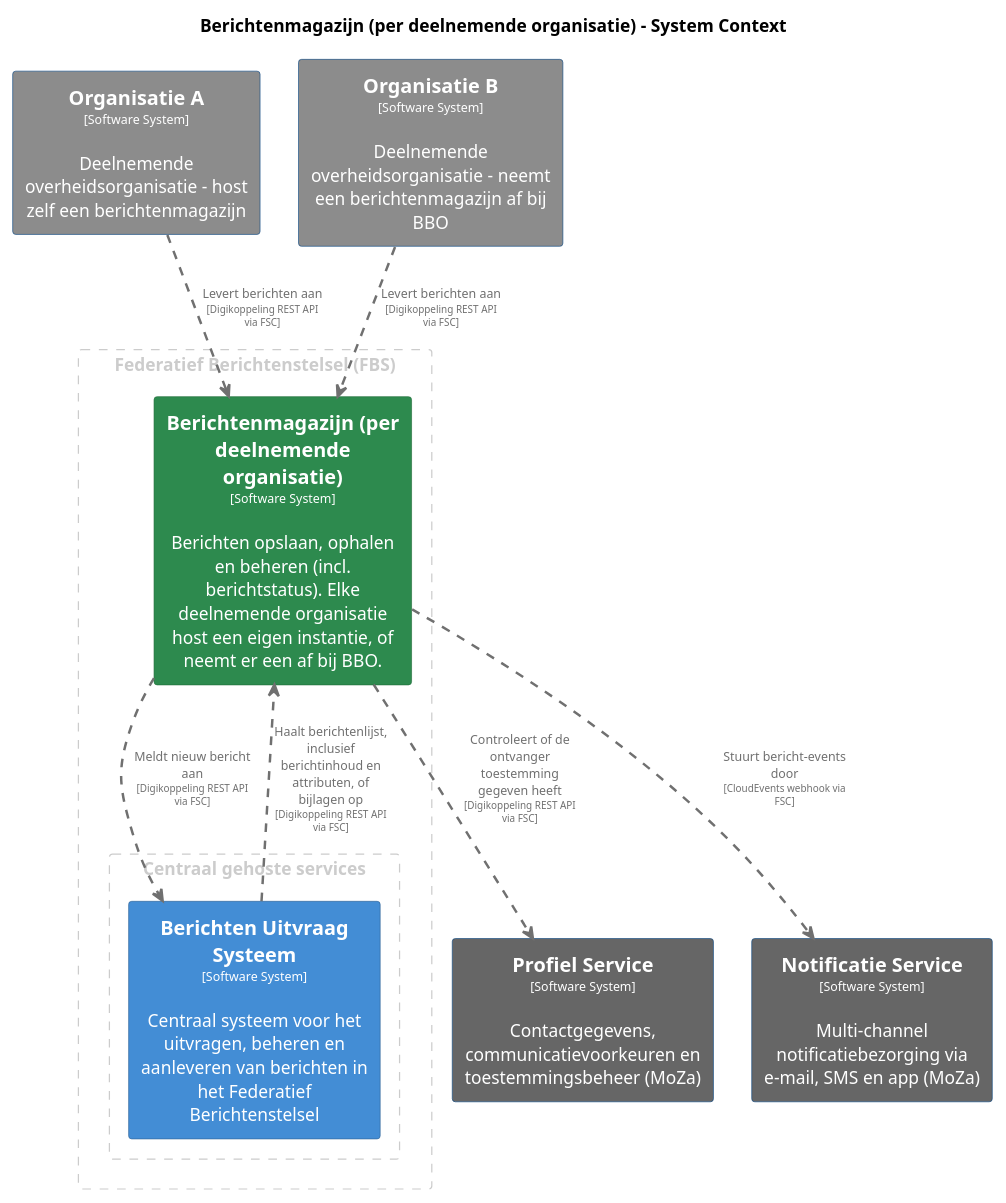
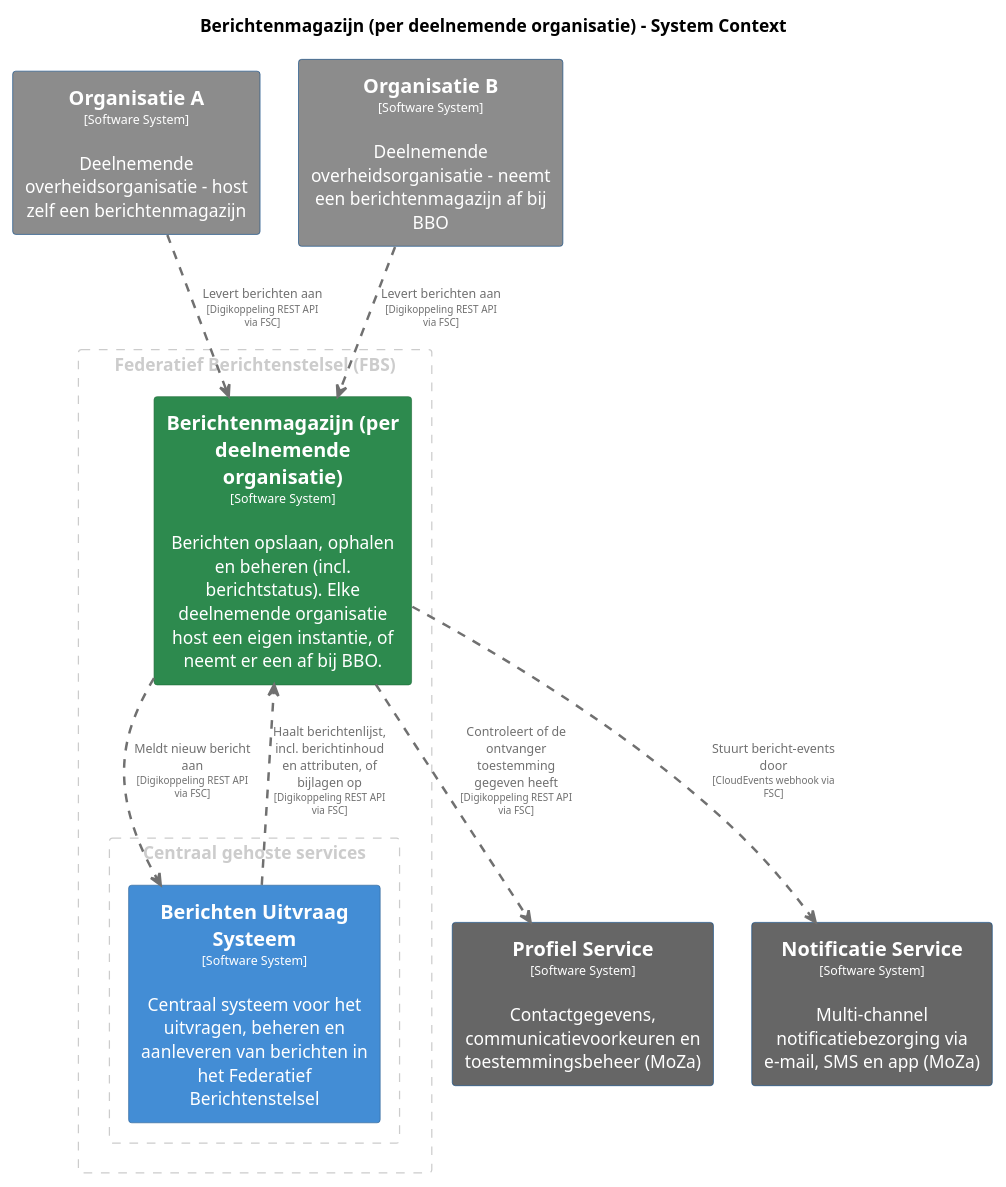
One commit to MinBZK/moza-poc-fbs-berichtenbox changed the diagram in pr-preview/pr-29/master/puml/Berichtenmagazijn.puml. Above: the diagram before and after it, drawn with PlantUML. The commit also changed 36 other files, not shown here.

```diff
--- a/pr-preview/pr-29/master/puml/Berichtenmagazijn.puml
+++ b/pr-preview/pr-29/master/puml/Berichtenmagazijn.puml
@@ -1,82 +1,82 @@
 @startuml
 set separator none
 title Berichtenmagazijn (per deelnemende organisatie) - System Context
 
 top to bottom direction
 skinparam ranksep 60
 skinparam nodesep 30
 
 skinparam {
   arrowFontSize 10
   defaultTextAlignment center
   wrapWidth 200
   maxMessageSize 100
 }
 
 hide stereotype
 
 skinparam rectangle<<BerichtenUitvraagSysteem>> {
   BackgroundColor #438dd5
   FontColor #ffffff
   BorderColor #2e6295
   shadowing false
 }
 skinparam rectangle<<Berichtenmagazijnperdeelnemendeorganisatie>> {
   BackgroundColor #2d8a4e
   FontColor #ffffff
   BorderColor #1e6b38
   shadowing false
 }
 skinparam rectangle<<NotificatieService>> {
   BackgroundColor #666666
   FontColor #ffffff
   BorderColor #0b4884
   shadowing false
 }
 skinparam rectangle<<OrganisatieA>> {
   BackgroundColor #8c8c8c
   FontColor #ffffff
   BorderColor #0b4884
   shadowing false
 }
 skinparam rectangle<<OrganisatieB>> {
   BackgroundColor #8c8c8c
   FontColor #ffffff
   BorderColor #0b4884
   shadowing false
 }
 skinparam rectangle<<ProfielService>> {
   BackgroundColor #666666
   FontColor #ffffff
   BorderColor #0b4884
   shadowing false
 }
 
 rectangle "Federatief Berichtenstelsel (FBS)" <<group1>> as group1 {
   skinparam RectangleBorderColor<<group1>> #cccccc
   skinparam RectangleFontColor<<group1>> #cccccc
   skinparam RectangleBorderStyle<<group1>> dashed
 
   rectangle "==Berichtenmagazijn (per deelnemende organisatie)\n<size:10>[Software System]</size>\n\nBerichten opslaan, ophalen en beheren (incl. berichtstatus). Elke deelnemende organisatie host een eigen instantie, of neemt er een af bij BBO." <<Berichtenmagazijnperdeelnemendeorganisatie>> as Berichtenmagazijnperdeelnemendeorganisatie
     rectangle "Centraal gehoste services" <<group2>> as group2 {
       skinparam RectangleBorderColor<<group2>> #cccccc
       skinparam RectangleFontColor<<group2>> #cccccc
       skinparam RectangleBorderStyle<<group2>> dashed
 
       rectangle "==Berichten Uitvraag Systeem\n<size:10>[Software System]</size>\n\nCentraal systeem voor het uitvragen, beheren en aanleveren van berichten in het Federatief Berichtenstelsel" <<BerichtenUitvraagSysteem>> as BerichtenUitvraagSysteem
     }
 
 }
 
 rectangle "==Organisatie A\n<size:10>[Software System]</size>\n\nDeelnemende overheidsorganisatie - host zelf een berichtenmagazijn" <<OrganisatieA>> as OrganisatieA
 rectangle "==Organisatie B\n<size:10>[Software System]</size>\n\nDeelnemende overheidsorganisatie - neemt een berichtenmagazijn af bij BBO" <<OrganisatieB>> as OrganisatieB
 rectangle "==Profiel Service\n<size:10>[Software System]</size>\n\nContactgegevens, communicatievoorkeuren en toestemmingsbeheer (MoZa)" <<ProfielService>> as ProfielService
 rectangle "==Notificatie Service\n<size:10>[Software System]</size>\n\nMulti-channel notificatiebezorging via e-mail, SMS en app (MoZa)" <<NotificatieService>> as NotificatieService
 
 Berichtenmagazijnperdeelnemendeorganisatie .[#707070,thickness=2].> BerichtenUitvraagSysteem : "<color:#707070>Meldt nieuw bericht aan\n<color:#707070><size:8>[Digikoppeling REST API via FSC]</size>"
 Berichtenmagazijnperdeelnemendeorganisatie .[#707070,thickness=2].> NotificatieService : "<color:#707070>Stuurt bericht-events door\n<color:#707070><size:8>[CloudEvents webhook via FSC]</size>"
 OrganisatieA .[#707070,thickness=2].> Berichtenmagazijnperdeelnemendeorganisatie : "<color:#707070>Levert berichten aan\n<color:#707070><size:8>[Digikoppeling REST API via FSC]</size>"
 OrganisatieB .[#707070,thickness=2].> Berichtenmagazijnperdeelnemendeorganisatie : "<color:#707070>Levert berichten aan\n<color:#707070><size:8>[Digikoppeling REST API via FSC]</size>"
 Berichtenmagazijnperdeelnemendeorganisatie .[#707070,thickness=2].> ProfielService : "<color:#707070>Controleert of de ontvanger toestemming gegeven heeft\n<color:#707070><size:8>[Digikoppeling REST API via FSC]</size>"
-BerichtenUitvraagSysteem .[#707070,thickness=2].> Berichtenmagazijnperdeelnemendeorganisatie : "<color:#707070>Haalt berichtenlijst, inclusief berichtinhoud en attributen, of bijlagen op\n<color:#707070><size:8>[Digikoppeling REST API via FSC]</size>"
+BerichtenUitvraagSysteem .[#707070,thickness=2].> Berichtenmagazijnperdeelnemendeorganisatie : "<color:#707070>Haalt berichtenlijst, incl. berichtinhoud en attributen, of bijlagen op\n<color:#707070><size:8>[Digikoppeling REST API via FSC]</size>"
 @enduml
```
